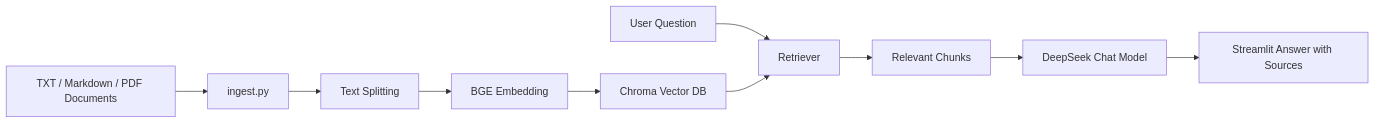
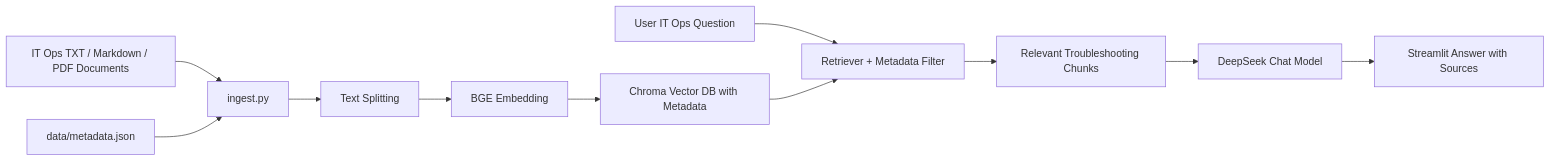
The diagram in README.md (terry-ou05/personal-rag), drawn with Mermaid before and after one commit. The commit also changed other lines of this file and 13 other files, not shown here.

````diff
--- a/README.md
+++ b/README.md
@@ -54,12 +55,13 @@
 ```mermaid
 flowchart LR
-    A[TXT / Markdown / PDF Documents] --> B[ingest.py]
+    A[IT Ops TXT / Markdown / PDF Documents] --> B[ingest.py]
+    M[data/metadata.json] --> B
     B --> C[Text Splitting]
     C --> D[BGE Embedding]
-    D --> E[Chroma Vector DB]
-    F[User Question] --> G[Retriever]
+    D --> E[Chroma Vector DB with Metadata]
+    F[User IT Ops Question] --> G[Retriever + Metadata Filter]
     E --> G
-    G --> H[Relevant Chunks]
+    G --> H[Relevant Troubleshooting Chunks]
     H --> I[DeepSeek Chat Model]
     I --> J[Streamlit Answer with Sources]
 ```
````
